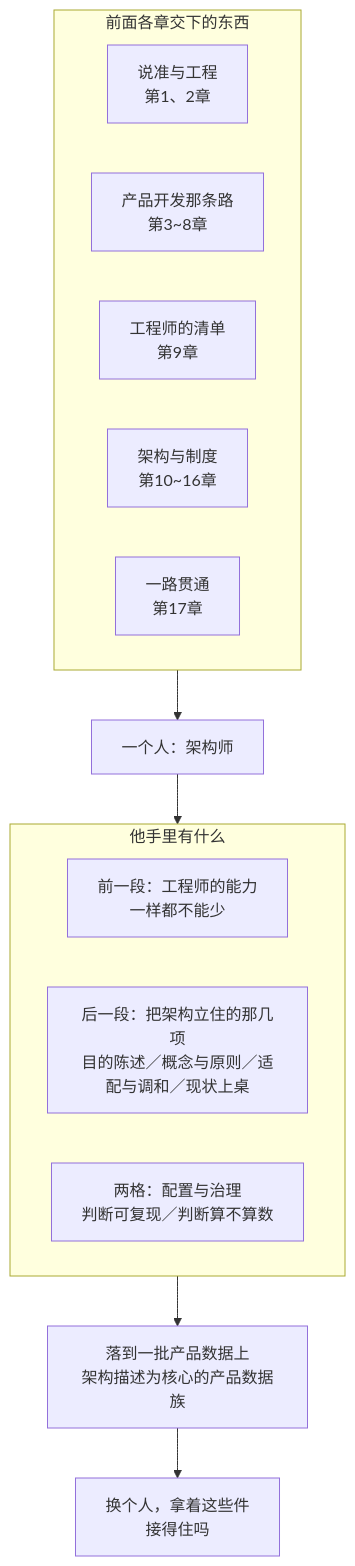
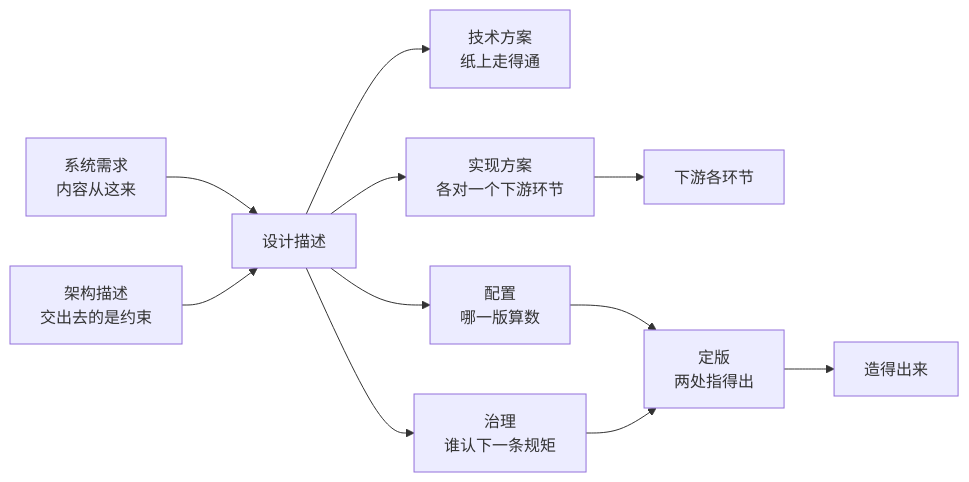
The diagram in 10-系统工程研究/03-架构师是个怎样的物种/成书/build/.mmd/ch18-fig01.mmd (Yongjunzhou/business-Engineering), drawn with Mermaid before and after one commit. The commit also changed 102 other files, not shown here.

```diff
--- a/10-系统工程研究/03-架构师是个怎样的物种/成书/build/.mmd/ch18-fig01.mmd
+++ b/10-系统工程研究/03-架构师是个怎样的物种/成书/build/.mmd/ch18-fig01.mmd
@@ -1,19 +1,11 @@
-flowchart TB
-  subgraph IN["前面各章交下的东西"]
-    direction LR
-    A1["说准与工程<br/>第1、2章"]
-    A2["产品开发那条路<br/>第3~8章"]
-    A3["工程师的清单<br/>第9章"]
-    A4["架构与制度<br/>第10~16章"]
-    A5["一路贯通<br/>第17章"]
-  end
-  IN --> WHO["一个人：架构师"]
-  subgraph WHO2["他手里有什么"]
-    direction LR
-    L1["前一段：工程师的能力<br/>一样都不能少"]
-    L2["后一段：把架构立住的那几项<br/>目的陈述／概念与原则／适配与调和／现状上桌"]
-    L3["两格：配置与治理<br/>判断可复现／判断算不算数"]
-  end
-  WHO --> WHO2
-  WHO2 --> OUT["落到一批产品数据上<br/>架构描述为核心的产品数据族"]
-  OUT --> CHK["换个人，拿着这些件<br/>接得住吗"]
+flowchart LR
+  SR["系统需求<br/>内容从这来"] --> DD["设计描述"]
+  AD["架构描述<br/>交出去的是约束"] --> DD
+  DD --> TS["技术方案<br/>纸上走得通"]
+  DD --> IM["实现方案<br/>各对一个下游环节"]
+  IM --> DOWN["下游各环节"]
+  DD --> CFG["配置<br/>哪一版算数"]
+  DD --> GOV["治理<br/>谁认下一条规矩"]
+  CFG --> DONE["定版<br/>两处指得出"]
+  GOV --> DONE
+  DONE --> OK["造得出来"]
```
